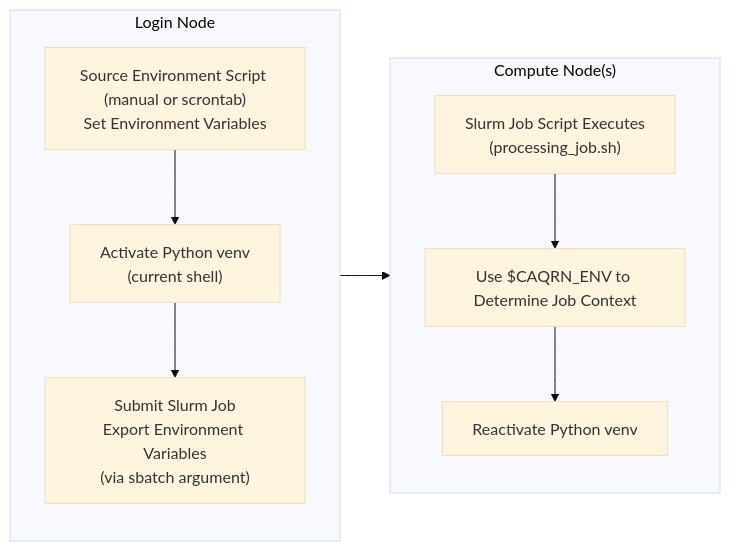
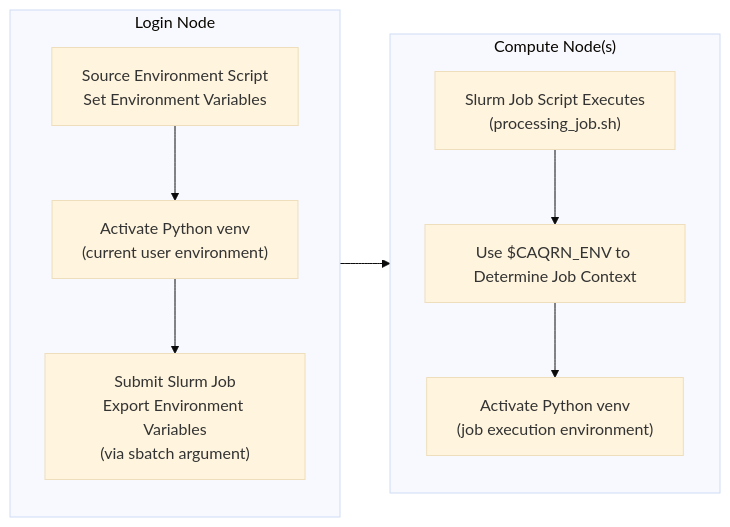
Before and after one commit to nandstand/sample-site: the diagram in diagrams/python-venv-flow.mmd, drawn with Mermaid (base theme).

Commit message:
Clean up steps in flowchart

```diff
--- a/diagrams/python-venv-flow.mmd
+++ b/diagrams/python-venv-flow.mmd
@@ -1,14 +1,14 @@
 flowchart LR
     subgraph LN ["Login Node"]
         direction TB
-        A1["Source Environment Script (manual or scrontab)<br/>Set Environment Variables"] --> A2
-        A2["Activate Python venv<br/>(current shell)"] --> A3["Submit Slurm Job<br/>Export Environment Variables<br/>(via sbatch argument)"]
+        A1["Source Environment Script<br/>Set Environment Variables"] --> A2
+        A2["Activate Python venv<br/>(current user environment)"] --> A3["Submit Slurm Job<br/>Export Environment Variables<br/>(via sbatch argument)"]
     end
     
     subgraph CN ["Compute Node(s)"]
         direction TB
         B1["Slurm Job Script Executes<br/>(processing_job.sh)"] --> B2["Use $CAQRN_ENV to Determine Job Context"]
-        B2 --> B3["Reactivate Python venv"] 
+        B2 --> B3["Activate Python venv<br/>(job execution environment)"] 
     end
     
     LN --> CN
```
